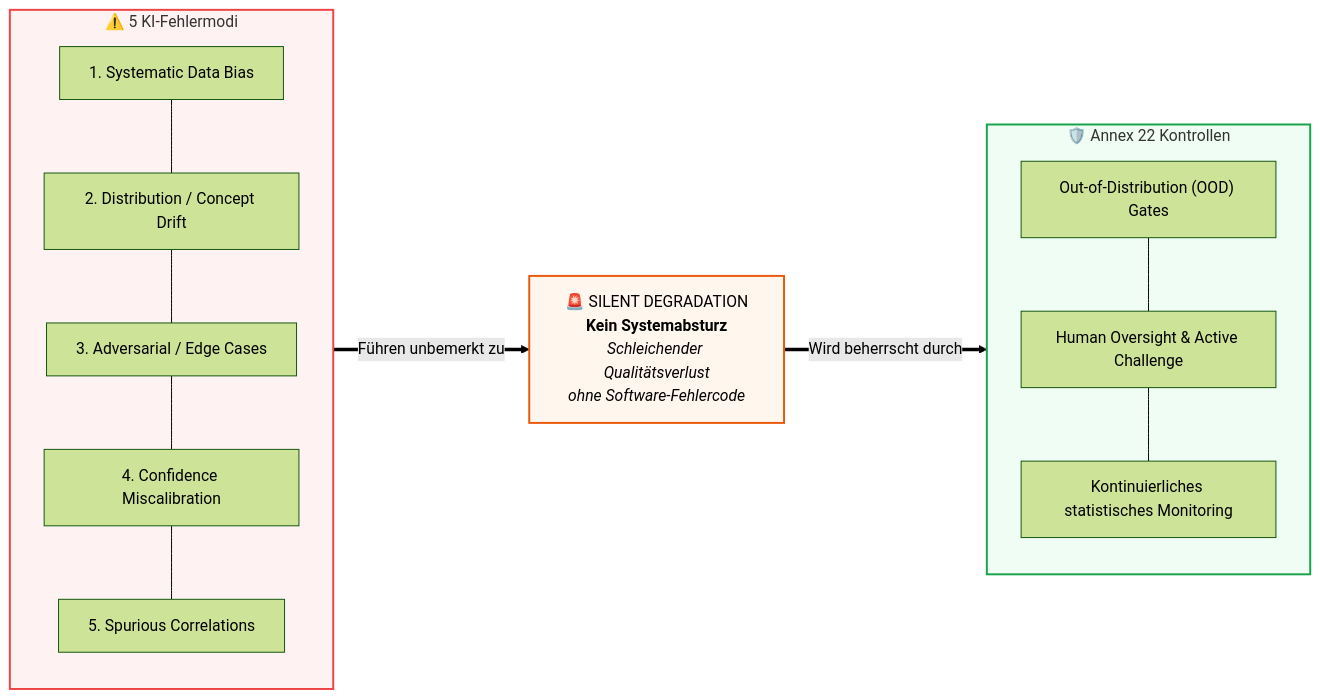
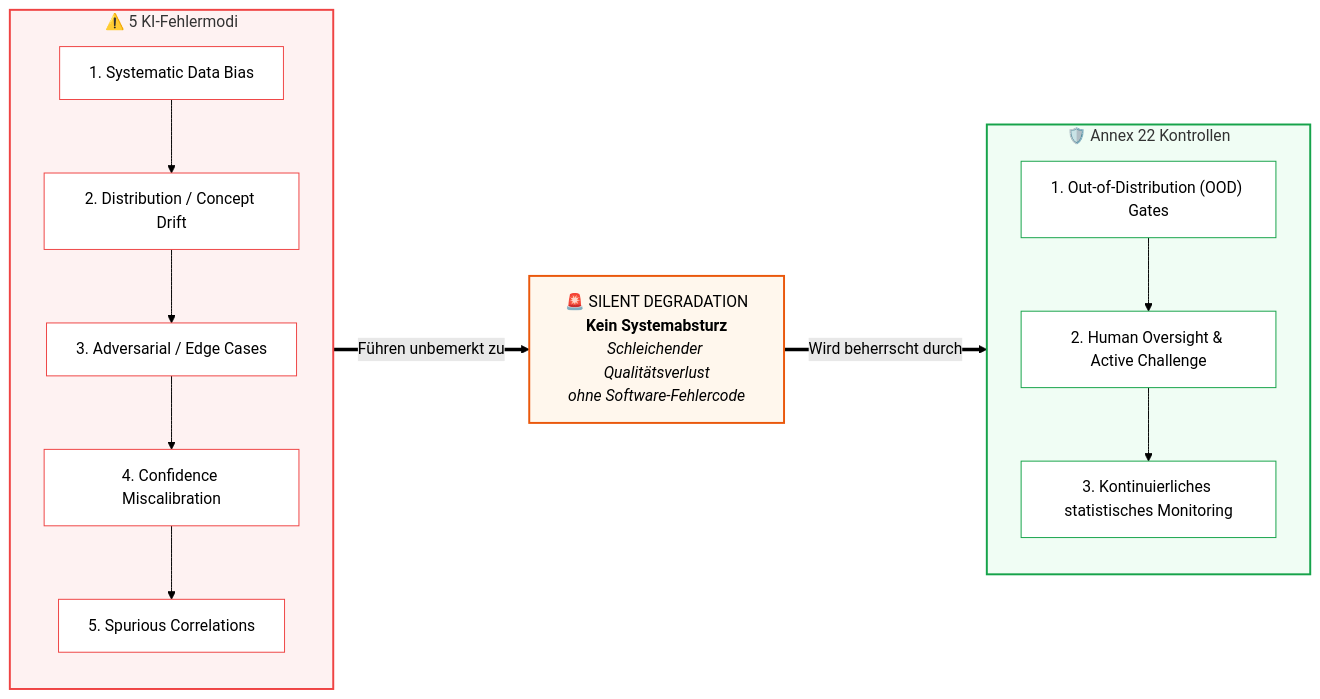
One commit to Lunaman06/Annex22 changed the diagram in docs/de/module_04_risk_based_approach.md. Above: the diagram before and after it, drawn with Mermaid (forest theme). The commit also changed 10 other files, not shown here.

Commit message:
fix(ui,docs): add overview TOC box, style executive summary, clean hero & add directional mermaid arrows

````diff
--- a/docs/de/module_04_risk_based_approach.md
+++ b/docs/de/module_04_risk_based_approach.md
@@ -13,29 +13,37 @@
 ```mermaid
 flowchart LR
     subgraph FailModes["⚠️ 5 KI-Fehlermodi"]
         direction TB
         M1["1. Systematic Data Bias"]
         M2["2. Distribution / Concept Drift"]
         M3["3. Adversarial / Edge Cases"]
         M4["4. Confidence Miscalibration"]
         M5["5. Spurious Correlations"]
-        M1 --- M2 --- M3 --- M4 --- M5
+        M1 --> M2 --> M3 --> M4 --> M5
     end
 
     Silent["🚨 SILENT DEGRADATION<br/><b>Kein Systemabsturz</b><br/><i>Schleichender Qualitätsverlust<br/>ohne Software-Fehlercode</i>"]
 
     subgraph Mitigation["🛡️ Annex 22 Kontrollen"]
         direction TB
-        C1["Out-of-Distribution (OOD) Gates"]
-        C2["Human Oversight & Active Challenge"]
-        C3["Kontinuierliches statistisches Monitoring"]
-        C1 --- C2 --- C3
+        C1["1. Out-of-Distribution (OOD) Gates"]
+        C2["2. Human Oversight & Active Challenge"]
+        C3["3. Kontinuierliches statistisches Monitoring"]
+        C1 --> C2 --> C3
     end
 
     FailModes ==>|"Führen unbemerkt zu"| Silent
     Silent ==>|"Wird beherrscht durch"| Mitigation
 
     style FailModes fill:#fef2f2,stroke:#ef4444,stroke-width:2px
     style Silent fill:#fff7ed,stroke:#ea580c,stroke-width:2px
     style Mitigation fill:#f0fdf4,stroke:#16a34a,stroke-width:2px
+    style M1 fill:#ffffff,stroke:#ef4444,stroke-width:1px
+    style M2 fill:#ffffff,stroke:#ef4444,stroke-width:1px
+    style M3 fill:#ffffff,stroke:#ef4444,stroke-width:1px
+    style M4 fill:#ffffff,stroke:#ef4444,stroke-width:1px
+    style M5 fill:#ffffff,stroke:#ef4444,stroke-width:1px
+    style C1 fill:#ffffff,stroke:#16a34a,stroke-width:1px
+    style C2 fill:#ffffff,stroke:#16a34a,stroke-width:1px
+    style C3 fill:#ffffff,stroke:#16a34a,stroke-width:1px
 ```
````
